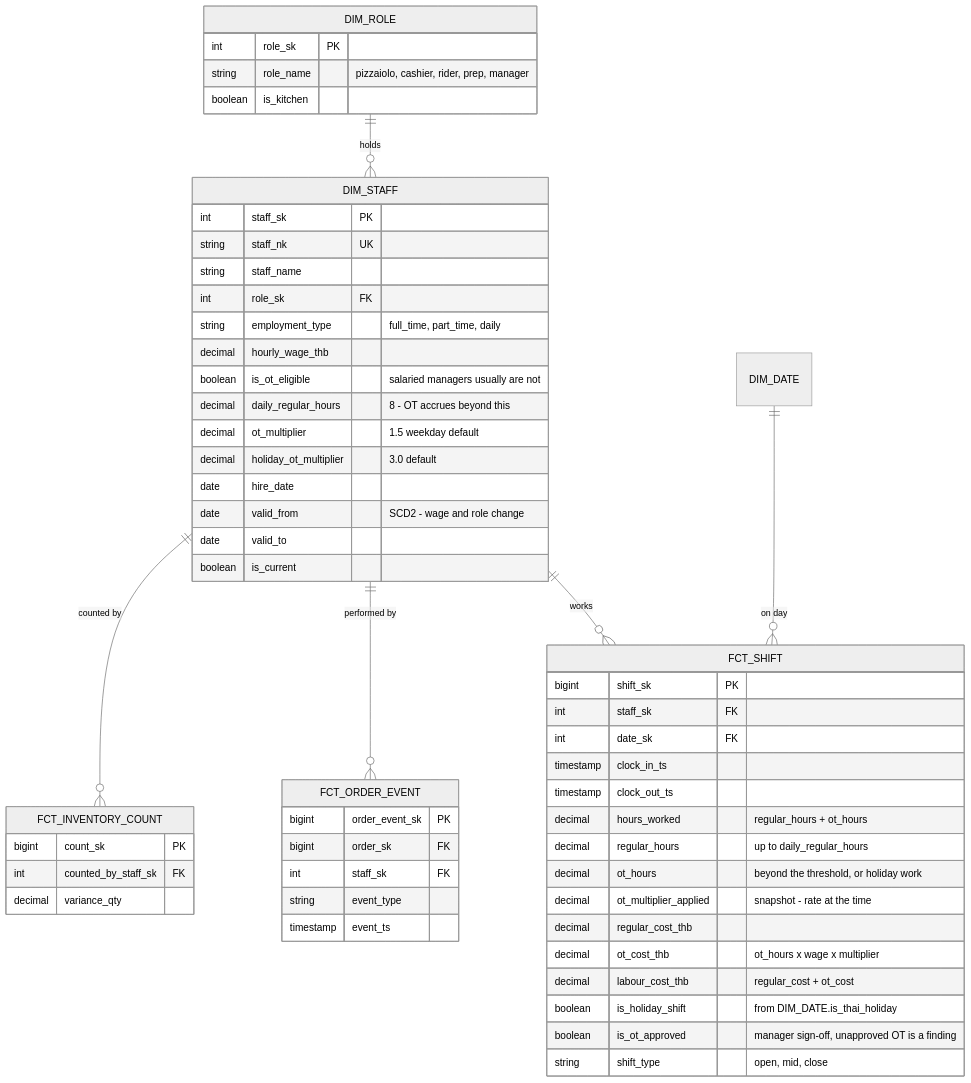
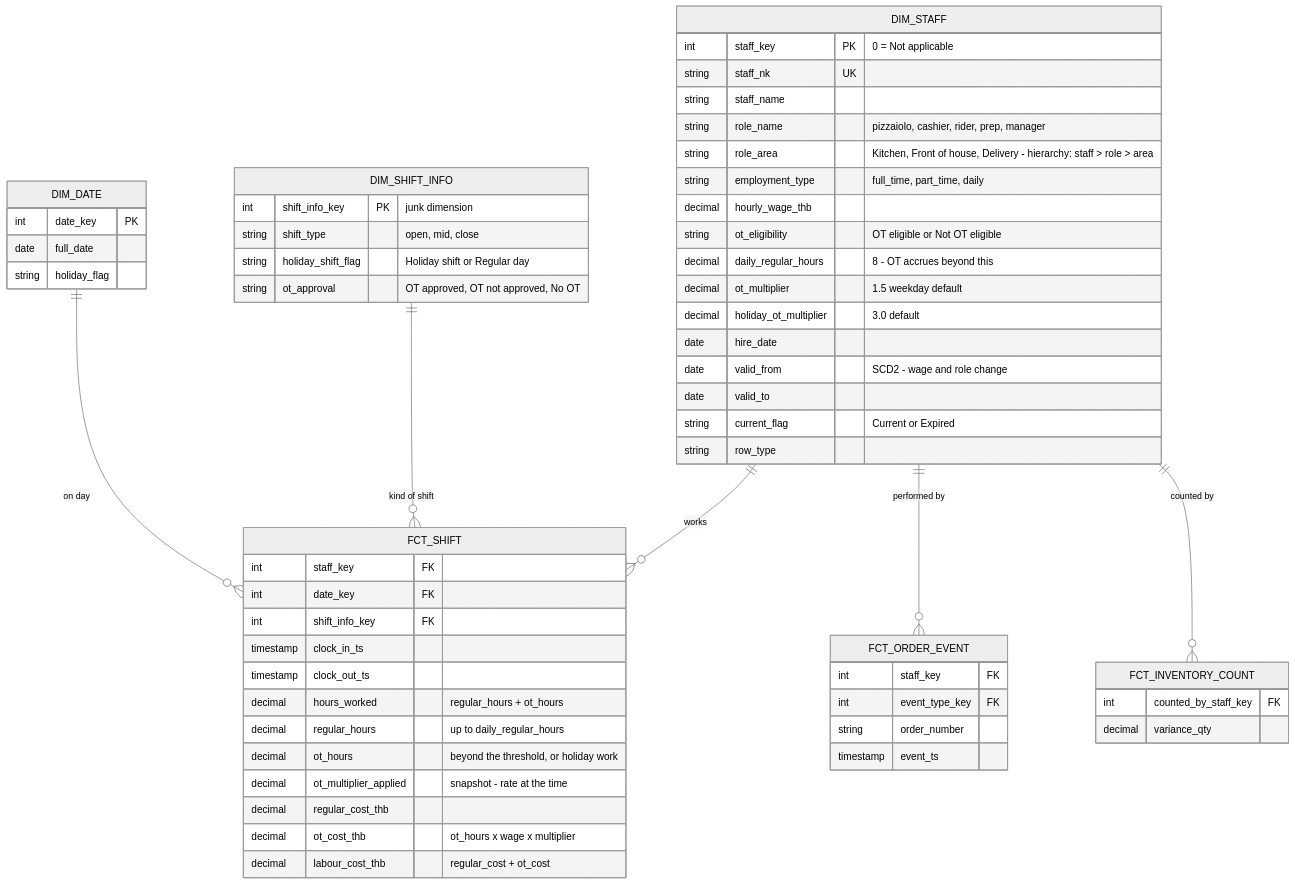
One commit to QuadrupleBeansStars/MADT-Pizza-shop changed the sixth of 6 diagrams in README.md. Above: the diagram before and after it, drawn with Mermaid (neutral theme). The commit also changed other lines of this file and 19 other files, not shown here.

````diff
--- a/README.md
+++ b/README.md
@@ -580,59 +715,62 @@
 ```mermaid
 erDiagram
   DIM_STAFF ||--o{ FCT_SHIFT : works
-  DIM_ROLE ||--o{ DIM_STAFF : "holds"
   DIM_DATE ||--o{ FCT_SHIFT : "on day"
+  DIM_SHIFT_INFO ||--o{ FCT_SHIFT : "kind of shift"
   DIM_STAFF ||--o{ FCT_ORDER_EVENT : "performed by"
   DIM_STAFF ||--o{ FCT_INVENTORY_COUNT : "counted by"
 
   DIM_STAFF {
-    int staff_sk PK
+    int staff_key PK "0 = Not applicable"
     string staff_nk UK
     string staff_name
-    int role_sk FK
+    string role_name "pizzaiolo, cashier, rider, prep, manager"
+    string role_area "Kitchen, Front of house, Delivery - hierarchy: staff > role > area"
     string employment_type "full_time, part_time, daily"
     decimal hourly_wage_thb
-    boolean is_ot_eligible "salaried managers usually are not"
+    string ot_eligibility "OT eligible or Not OT eligible"
     decimal daily_regular_hours "8 - OT accrues beyond this"
     decimal ot_multiplier "1.5 weekday default"
     decimal holiday_ot_multiplier "3.0 default"
     date hire_date
     date valid_from "SCD2 - wage and role change"
     date valid_to
-    boolean is_current
+    string current_flag "Current or Expired"
+    string row_type
   }
-  DIM_ROLE {
-    int role_sk PK
-    string role_name "pizzaiolo, cashier, rider, prep, manager"
-    boolean is_kitchen
+  DIM_DATE {
+    int date_key PK
+    date full_date
+    string holiday_flag
+  }
+  DIM_SHIFT_INFO {
+    int shift_info_key PK "junk dimension"
+    string shift_type "open, mid, close"
+    string holiday_shift_flag "Holiday shift or Regular day"
+    string ot_approval "OT approved, OT not approved, No OT"
   }
   FCT_SHIFT {
-    bigint shift_sk PK
-    int staff_sk FK
-    int date_sk FK
+    int staff_key FK
+    int date_key FK
+    int shift_info_key FK
     timestamp clock_in_ts
     timestamp clock_out_ts
     decimal hours_worked "regular_hours + ot_hours"
     decimal regular_hours "up to daily_regular_hours"
     decimal ot_hours "beyond the threshold, or holiday work"
     decimal ot_multiplier_applied "snapshot - rate at the time"
     decimal regular_cost_thb
     decimal ot_cost_thb "ot_hours x wage x multiplier"
     decimal labour_cost_thb "regular_cost + ot_cost"
-    boolean is_holiday_shift "from DIM_DATE.is_thai_holiday"
-    boolean is_ot_approved "manager sign-off, unapproved OT is a finding"
-    string shift_type "open, mid, close"
   }
   FCT_ORDER_EVENT {
-    bigint order_event_sk PK
-    bigint order_sk FK
-    int staff_sk FK
-    string event_type
+    int staff_key FK
+    int event_type_key FK
+    string order_number
     timestamp event_ts
   }
   FCT_INVENTORY_COUNT {
-    bigint count_sk PK
-    int counted_by_staff_sk FK
+    int counted_by_staff_key FK
     decimal variance_qty
   }
 ```
````
